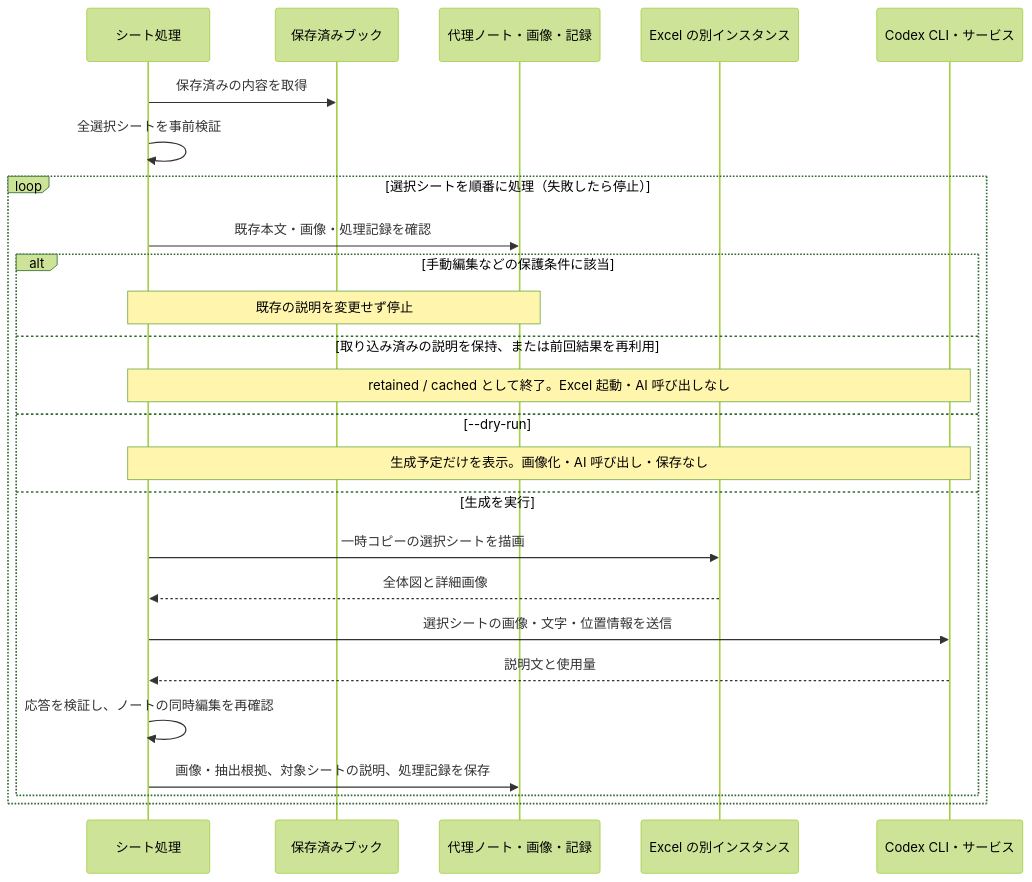
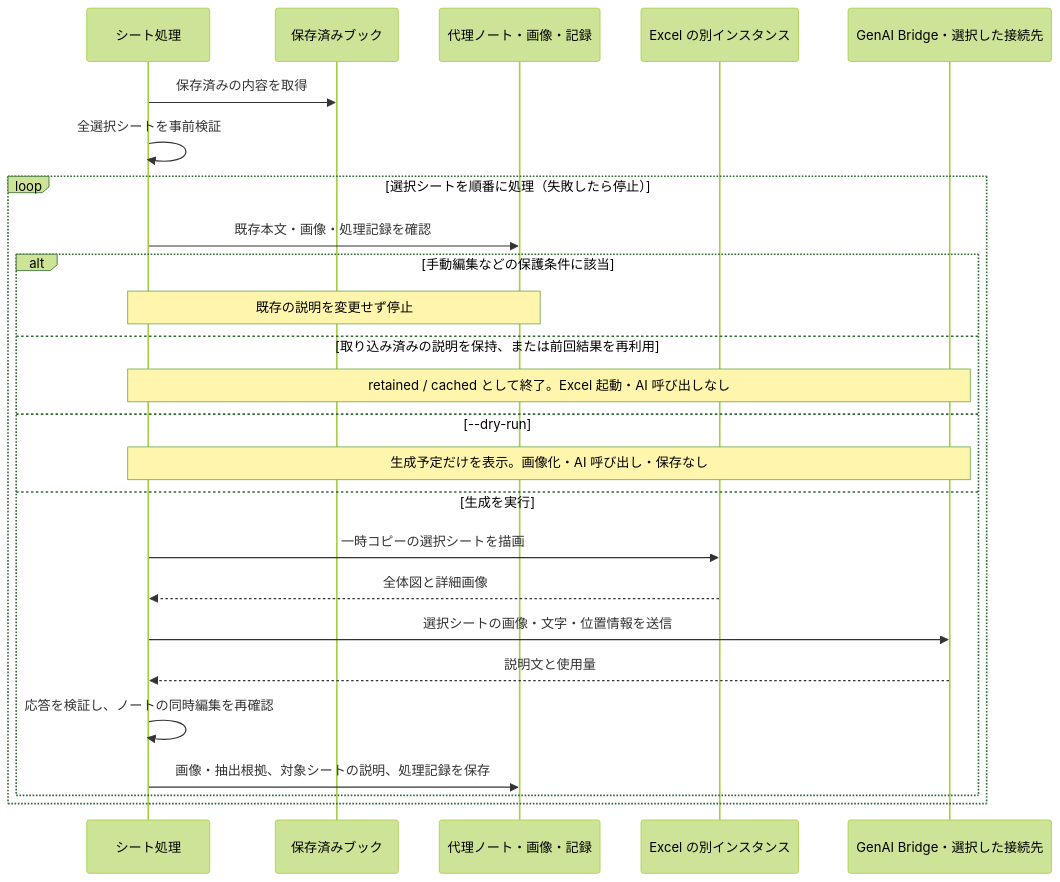
One commit to tuckn/tkn_excel_catalog_pipeline changed the third of 4 diagrams in README.md. Above: the diagram before and after it, drawn with Mermaid (forest theme). The commit also changed other lines of this file and 16 other files, not shown here.

````diff
--- a/README.md
+++ b/README.md
@@ -633,28 +646,28 @@
 ```mermaid
 sequenceDiagram
     participant App as シート処理
     participant Book as 保存済みブック
     participant Output as 代理ノート・画像・記録
     participant Excel as Excel の別インスタンス
-    participant AI as Codex CLI・サービス
+    participant AI as GenAI Bridge・選択した接続先
 
     App->>Book: 保存済みの内容を取得
     App->>App: 全選択シートを事前検証
     loop 選択シートを順番に処理（失敗したら停止）
         App->>Output: 既存本文・画像・処理記録を確認
         alt 手動編集などの保護条件に該当
             Note over App,Output: 既存の説明を変更せず停止
         else 取り込み済みの説明を保持、または前回結果を再利用
             Note over App,AI: retained / cached として終了。Excel 起動・AI 呼び出しなし
         else --dry-run
             Note over App,AI: 生成予定だけを表示。画像化・AI 呼び出し・保存なし
         else 生成を実行
             App->>Excel: 一時コピーの選択シートを描画
             Excel-->>App: 全体図と詳細画像
             App->>AI: 選択シートの画像・文字・位置情報を送信
             AI-->>App: 説明文と使用量
             App->>App: 応答を検証し、ノートの同時編集を再確認
             App->>Output: 画像・抽出根拠、対象シートの説明、処理記録を保存
         end
     end
 ```
````
